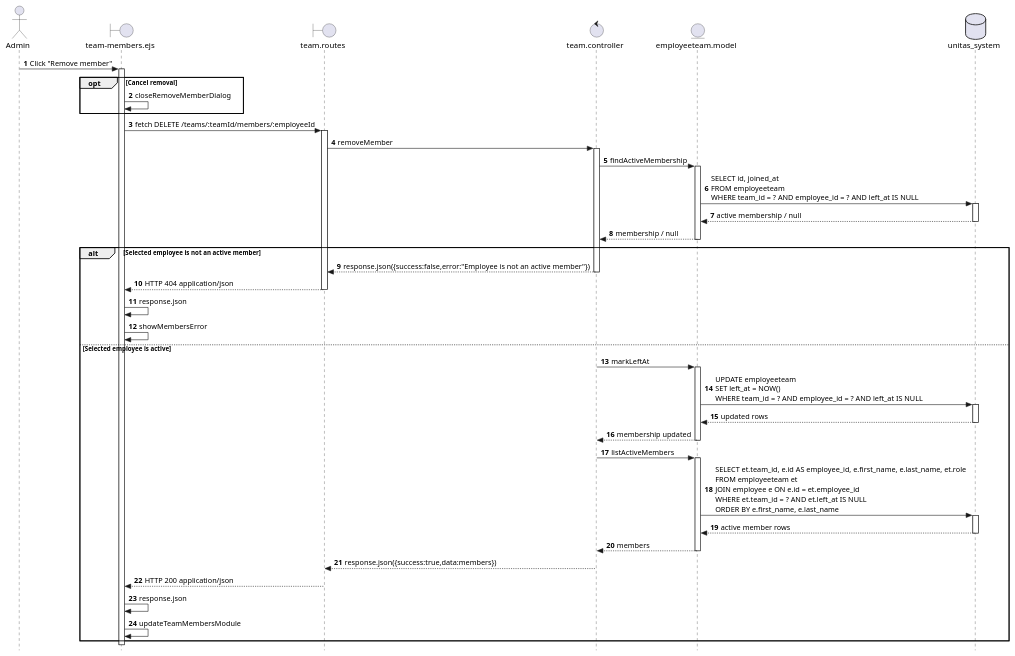
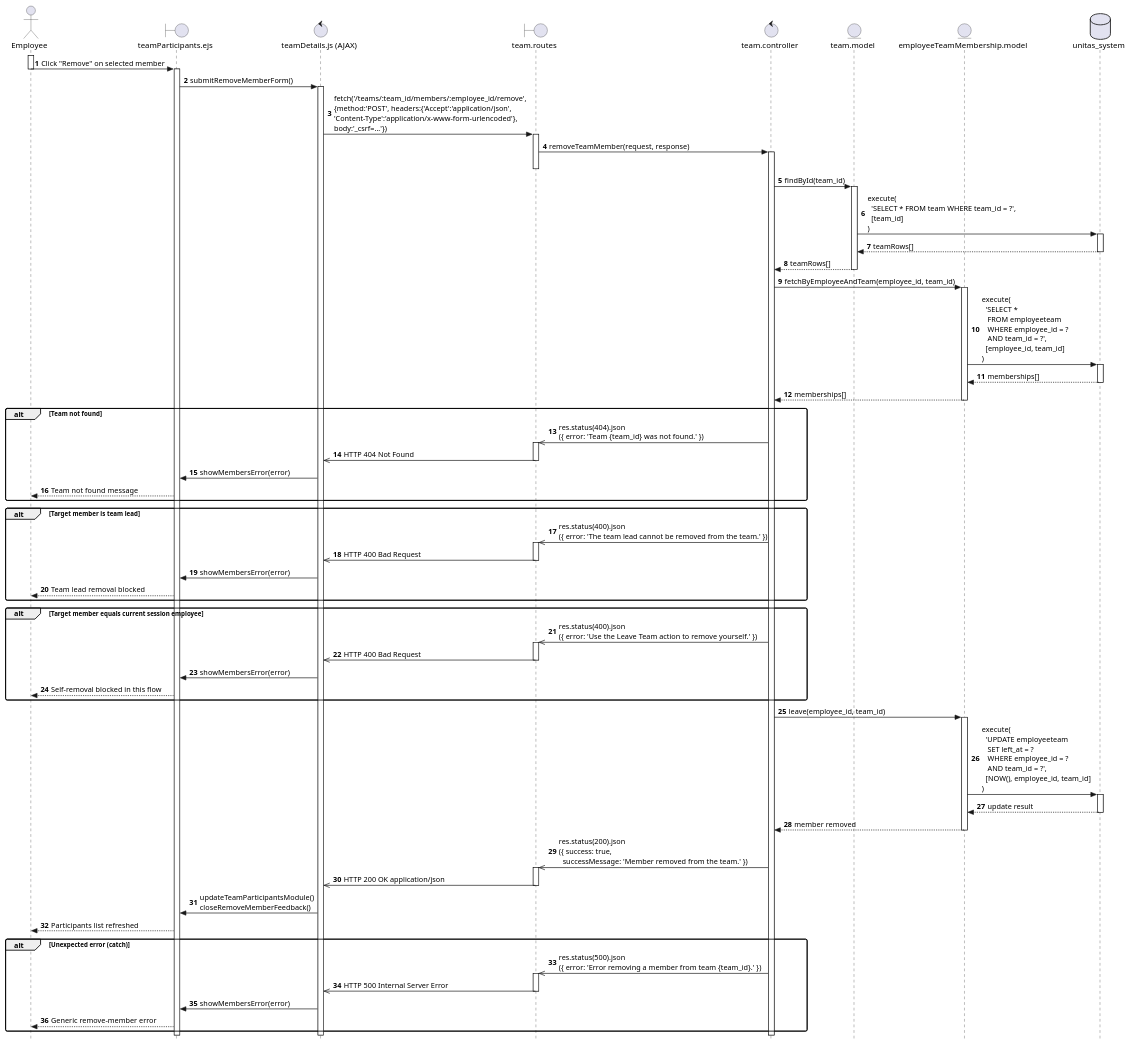
One commit to Berthou05/LimboSoftwareDevelopment_Change.org changed the diagram in documentation/sequence_diagrams/TEAM-07-02-SD.puml. Above: the diagram before and after it, drawn with PlantUML. The commit also changed 1 other file, not shown here.

Commit message:
[FIX] Corrected TEAM-07-01&02

```diff
--- a/documentation/sequence_diagrams/TEAM-07-02-SD.puml
+++ b/documentation/sequence_diagrams/TEAM-07-02-SD.puml
@@ -1,68 +1,103 @@
 @startuml
 skinparam style strictuml
+skinparam sequenceArrowThickness 1.2
+skinparam roundcorner 6
 autonumber
 
-actor "Admin" as U
-boundary "team-members.ejs" as V
-boundary "team.routes" as RO
-control "team.controller" as C
-entity "employeeteam.model" as X
-database "unitas_system" as DB
+actor    "Employee"                     as User
+boundary "teamParticipants.ejs"         as ParticipantsView
+control  "teamDetails.js (AJAX)"        as Client
+boundary "team.routes"                  as Routes
+control  "team.controller"              as Controller
+entity   "team.model"                   as TeamModel
+entity   "employeeTeamMembership.model" as EmployeeTeam
+database "unitas_system"                as DB
 
-U -> V: Click "Remove member"
-activate V
+activate User
+User -> ParticipantsView : Click "Remove" on selected member
+deactivate User
+activate ParticipantsView
+ParticipantsView -> Client : submitRemoveMemberForm()
+activate Client
 
-opt Cancel removal
-V -> V: closeRemoveMemberDialog
+Client -> Routes : fetch('/teams/:team_id/members/:employee_id/remove',\n{method:'POST', headers:{'Accept':'application/json',\n'Content-Type':'application/x-www-form-urlencoded'},\nbody:'_csrf=...'})
+activate Routes
+Routes -> Controller : removeTeamMember(request, response)
+activate Controller
+deactivate Routes
+
+Controller -> TeamModel : findById(team_id)
+activate TeamModel
+TeamModel -> DB : execute(\n  'SELECT * FROM team WHERE team_id = ?',\n  [team_id]\n)
+activate DB
+DB --> TeamModel : teamRows[]
+deactivate DB
+TeamModel --> Controller : teamRows[]
+deactivate TeamModel
+
+Controller -> EmployeeTeam : fetchByEmployeeAndTeam(employee_id, team_id)
+activate EmployeeTeam
+EmployeeTeam -> DB : execute(\n  'SELECT *\n   FROM employeeteam\n   WHERE employee_id = ?\n   AND team_id = ?',\n  [employee_id, team_id]\n)
+activate DB
+DB --> EmployeeTeam : memberships[]
+deactivate DB
+EmployeeTeam --> Controller : memberships[]
+deactivate EmployeeTeam
+
+alt Team not found
+    Controller ->> Routes : res.status(404).json\n({ error: 'Team {team_id} was not found.' })
+    activate Routes
+    Routes ->> Client : HTTP 404 Not Found
+    deactivate Routes
+    Client -> ParticipantsView : showMembersError(error)
+    ParticipantsView --> User : Team not found message
 end
 
-V -> RO: fetch DELETE /teams/:teamId/members/:employeeId
-activate RO
-RO -> C: removeMember
-activate C
-
-C -> X: findActiveMembership
-activate X
-X -> DB: SELECT id, joined_at\nFROM employeeteam\nWHERE team_id = ? AND employee_id = ? AND left_at IS NULL
-activate DB
-DB --> X: active membership / null
-deactivate DB
-X --> C: membership / null
-deactivate X
-
-alt Selected employee is not an active member
-C --> RO: response.json({success:false,error:"Employee is not an active member"})
-deactivate C
-RO --> V: HTTP 404 application/json
-deactivate RO
-V -> V: response.json
-V -> V: showMembersError
-else Selected employee is active
-C -> X: markLeftAt
-activate X
-X -> DB: UPDATE employeeteam\nSET left_at = NOW()\nWHERE team_id = ? AND employee_id = ? AND left_at IS NULL
-activate DB
-DB --> X: updated rows
-deactivate DB
-X --> C: membership updated
-deactivate X
-
-C -> X: listActiveMembers
-activate X
-X -> DB: SELECT et.team_id, e.id AS employee_id, e.first_name, e.last_name, et.role\nFROM employeeteam et\nJOIN employee e ON e.id = et.employee_id\nWHERE et.team_id = ? AND et.left_at IS NULL\nORDER BY e.first_name, e.last_name
-activate DB
-DB --> X: active member rows
-deactivate DB
-X --> C: members
-deactivate X
-
-C --> RO: response.json({success:true,data:members})
-deactivate C
-RO --> V: HTTP 200 application/json
-deactivate RO
-V -> V: response.json
-V -> V: updateTeamMembersModule
+alt Target member is team lead
+    Controller ->> Routes : res.status(400).json\n({ error: 'The team lead cannot be removed from the team.' })
+    activate Routes
+    Routes ->> Client : HTTP 400 Bad Request
+    deactivate Routes
+    Client -> ParticipantsView : showMembersError(error)
+    ParticipantsView --> User : Team lead removal blocked
 end
 
-deactivate V
+alt Target member equals current session employee
+    Controller ->> Routes : res.status(400).json\n({ error: 'Use the Leave Team action to remove yourself.' })
+    activate Routes
+    Routes ->> Client : HTTP 400 Bad Request
+    deactivate Routes
+    Client -> ParticipantsView : showMembersError(error)
+    ParticipantsView --> User : Self-removal blocked in this flow
+end
+
+Controller -> EmployeeTeam : leave(employee_id, team_id)
+activate EmployeeTeam
+EmployeeTeam -> DB : execute(\n  'UPDATE employeeteam\n   SET left_at = ?\n   WHERE employee_id = ?\n   AND team_id = ?',\n  [NOW(), employee_id, team_id]\n)
+activate DB
+DB --> EmployeeTeam : update result
+deactivate DB
+EmployeeTeam --> Controller : member removed
+deactivate EmployeeTeam
+
+Controller ->> Routes : res.status(200).json\n({ success: true,\n  successMessage: 'Member removed from the team.' })
+activate Routes
+Routes ->> Client : HTTP 200 OK application/json
+deactivate Routes
+Client -> ParticipantsView : updateTeamParticipantsModule()\ncloseRemoveMemberFeedback()
+ParticipantsView --> User : Participants list refreshed
+
+alt Unexpected error (catch)
+    Controller ->> Routes : res.status(500).json\n({ error: 'Error removing a member from team {team_id}.' })
+    activate Routes
+    Routes ->> Client : HTTP 500 Internal Server Error
+    deactivate Routes
+    Client -> ParticipantsView : showMembersError(error)
+    ParticipantsView --> User : Generic remove-member error
+end
+
+deactivate Controller
+deactivate Client
+deactivate ParticipantsView
+
 @enduml
```
